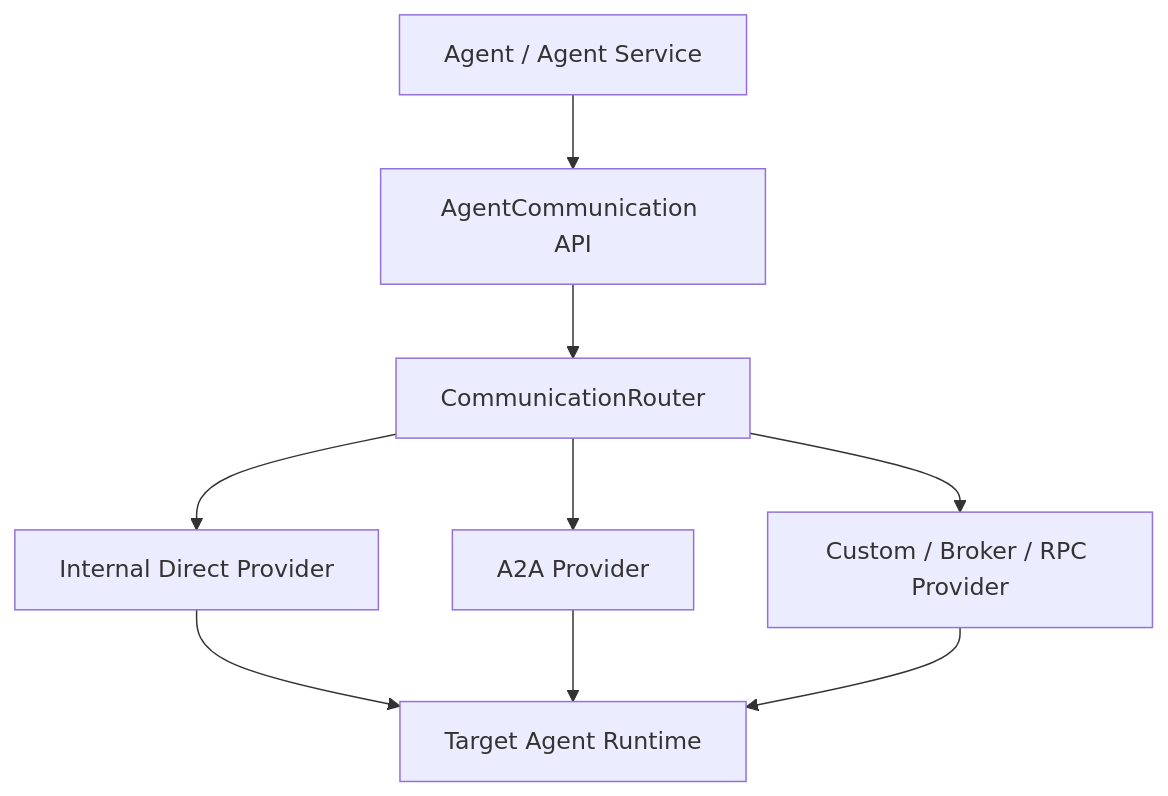
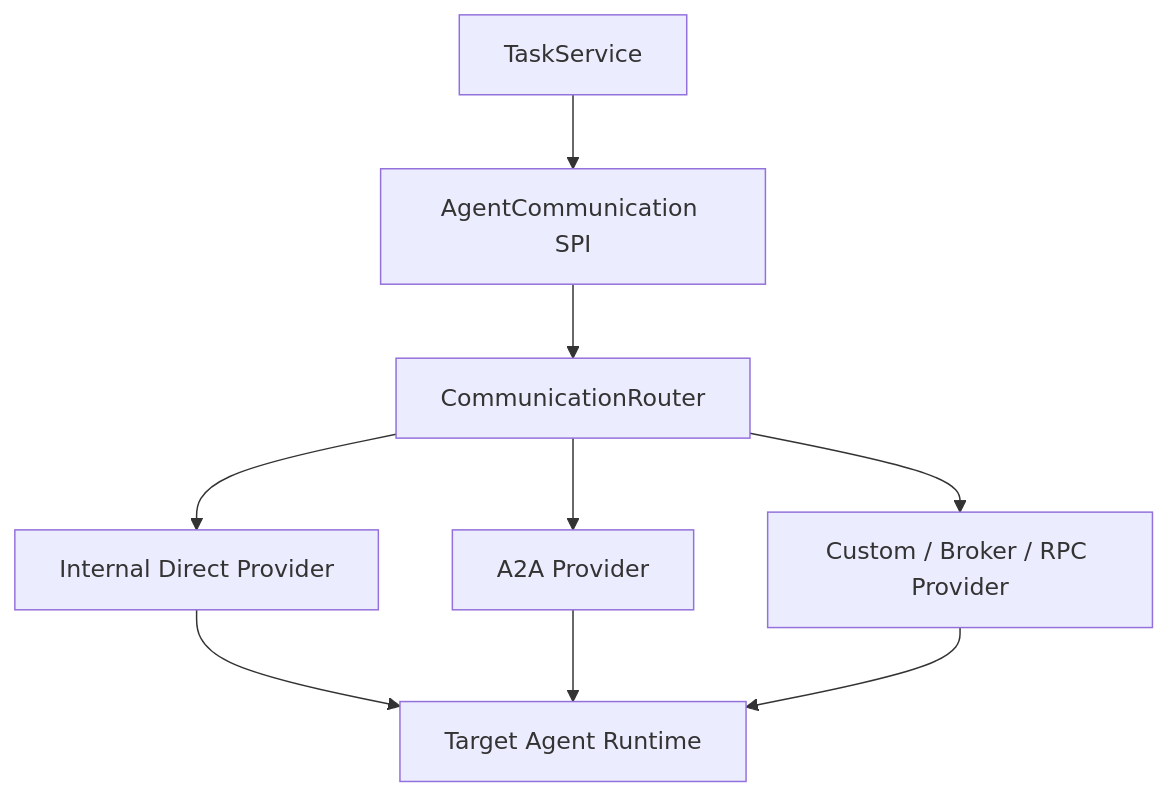
The diagram in docs/contracts/communication-v1.md (bassemZohdy/agentropy), drawn with Mermaid before and after one commit. The commit also changed other lines of this file and 20 other files, not shown here.

````diff
--- a/docs/contracts/communication-v1.md
+++ b/docs/contracts/communication-v1.md
@@ -10,11 +23,11 @@
 ```mermaid
 flowchart TD
-  A[Agent / Agent Service] --> C[AgentCommunication API]
+  A[TaskService] --> C[AgentCommunication SPI]
   C --> R[CommunicationRouter]
   R --> D[Internal Direct Provider]
   R --> X[A2A Provider]
   R --> B[Custom / Broker / RPC Provider]
   D --> T[Target Agent Runtime]
   X --> T
   B --> T
 ```
````
